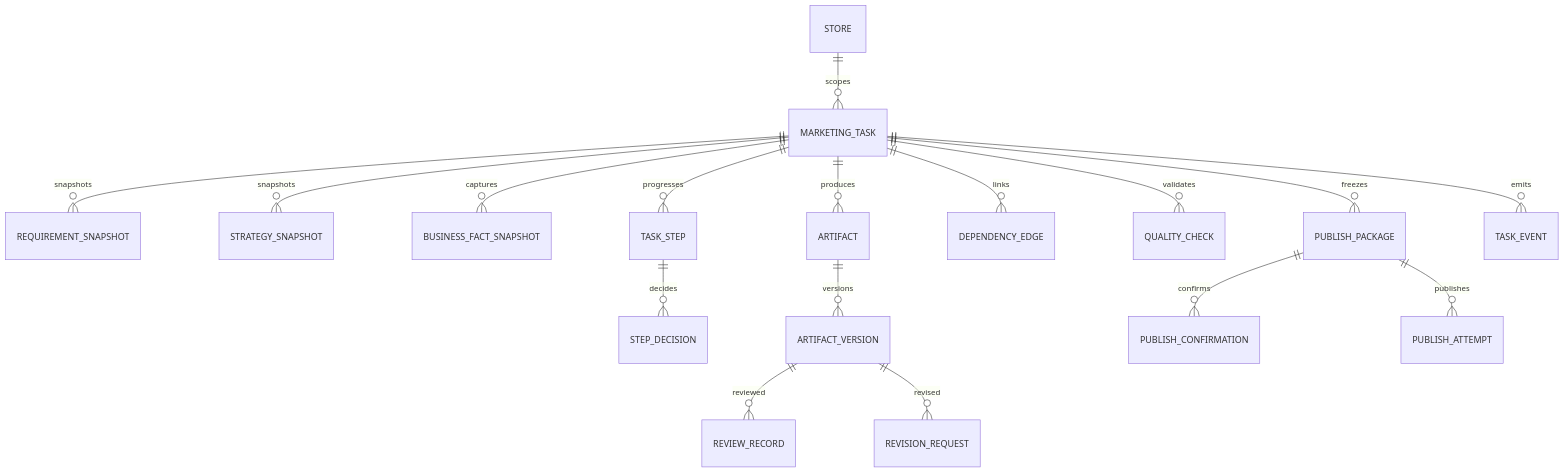
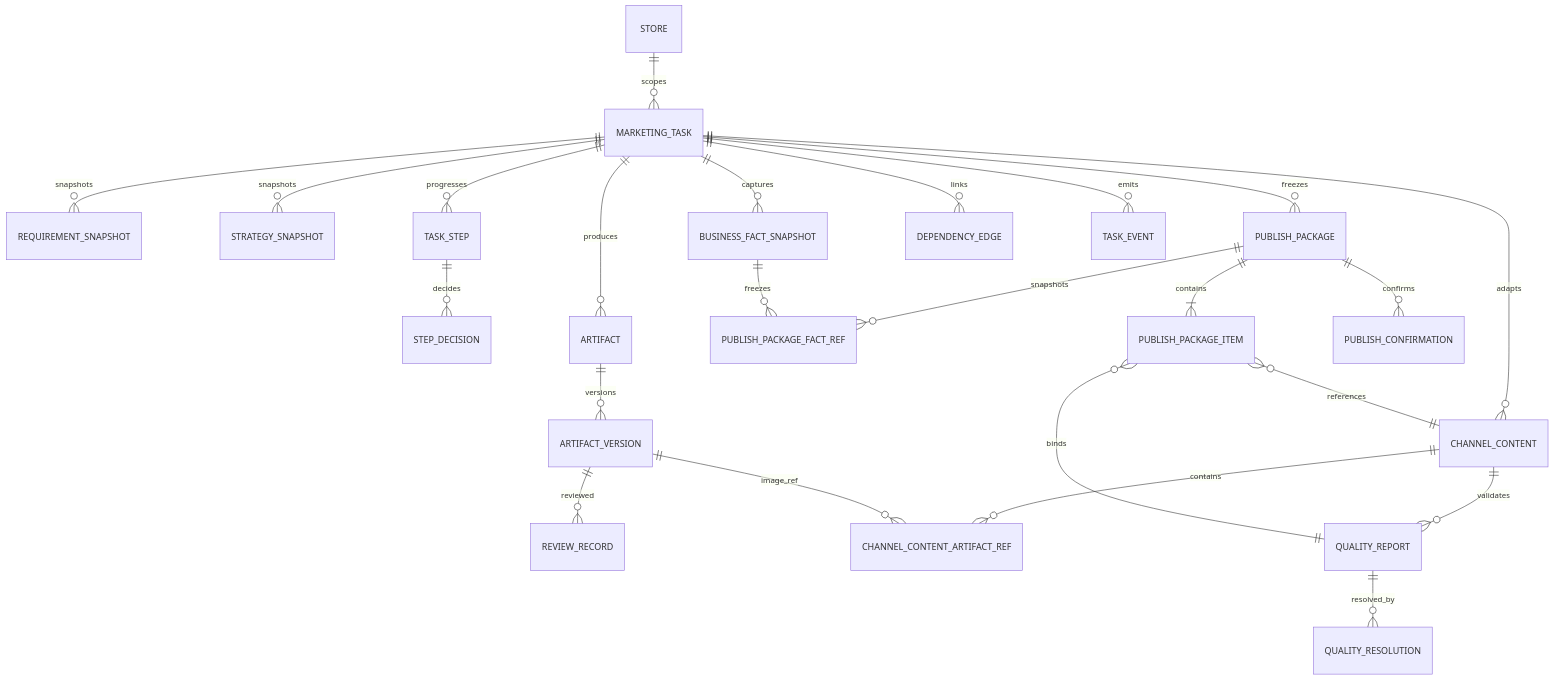
Before and after one commit to dujiu1024-dotcom/Smart-Marketing: the third of 4 diagrams in docs/CORE_DATA_MODEL_AND_API_SCHEMAS_V1.md, drawn with Mermaid. The commit also changed other lines of this file and 5 other files, not shown here.

````diff
--- a/docs/CORE_DATA_MODEL_AND_API_SCHEMAS_V1.md
+++ b/docs/CORE_DATA_MODEL_AND_API_SCHEMAS_V1.md
@@ -72,19 +72,26 @@
 ```mermaid
 erDiagram
   STORE ||--o{ MARKETING_TASK : scopes
   MARKETING_TASK ||--o{ REQUIREMENT_SNAPSHOT : snapshots
   MARKETING_TASK ||--o{ STRATEGY_SNAPSHOT : snapshots
   MARKETING_TASK ||--o{ BUSINESS_FACT_SNAPSHOT : captures
   MARKETING_TASK ||--o{ TASK_STEP : progresses
   TASK_STEP ||--o{ STEP_DECISION : decides
   MARKETING_TASK ||--o{ ARTIFACT : produces
   ARTIFACT ||--o{ ARTIFACT_VERSION : versions
   ARTIFACT_VERSION ||--o{ REVIEW_RECORD : reviewed
-  ARTIFACT_VERSION ||--o{ REVISION_REQUEST : revised
+  MARKETING_TASK ||--o{ CHANNEL_CONTENT : adapts
+  CHANNEL_CONTENT ||--o{ CHANNEL_CONTENT_ARTIFACT_REF : contains
+  ARTIFACT_VERSION ||--o{ CHANNEL_CONTENT_ARTIFACT_REF : image_ref
+  CHANNEL_CONTENT ||--o{ QUALITY_REPORT : validates
+  QUALITY_REPORT ||--o{ QUALITY_RESOLUTION : resolved_by
+  MARKETING_TASK ||--o{ PUBLISH_PACKAGE : freezes
+  PUBLISH_PACKAGE ||--o{ PUBLISH_PACKAGE_FACT_REF : snapshots
+  BUSINESS_FACT_SNAPSHOT ||--o{ PUBLISH_PACKAGE_FACT_REF : freezes
+  PUBLISH_PACKAGE ||--|{ PUBLISH_PACKAGE_ITEM : contains
+  PUBLISH_PACKAGE_ITEM }o--|| CHANNEL_CONTENT : references
+  PUBLISH_PACKAGE_ITEM }o--|| QUALITY_REPORT : binds
+  PUBLISH_PACKAGE ||--o{ PUBLISH_CONFIRMATION : confirms
   MARKETING_TASK ||--o{ DEPENDENCY_EDGE : links
-  MARKETING_TASK ||--o{ QUALITY_CHECK : validates
-  MARKETING_TASK ||--o{ PUBLISH_PACKAGE : freezes
-  PUBLISH_PACKAGE ||--o{ PUBLISH_CONFIRMATION : confirms
-  PUBLISH_PACKAGE ||--o{ PUBLISH_ATTEMPT : publishes
   MARKETING_TASK ||--o{ TASK_EVENT : emits
 ```
````
